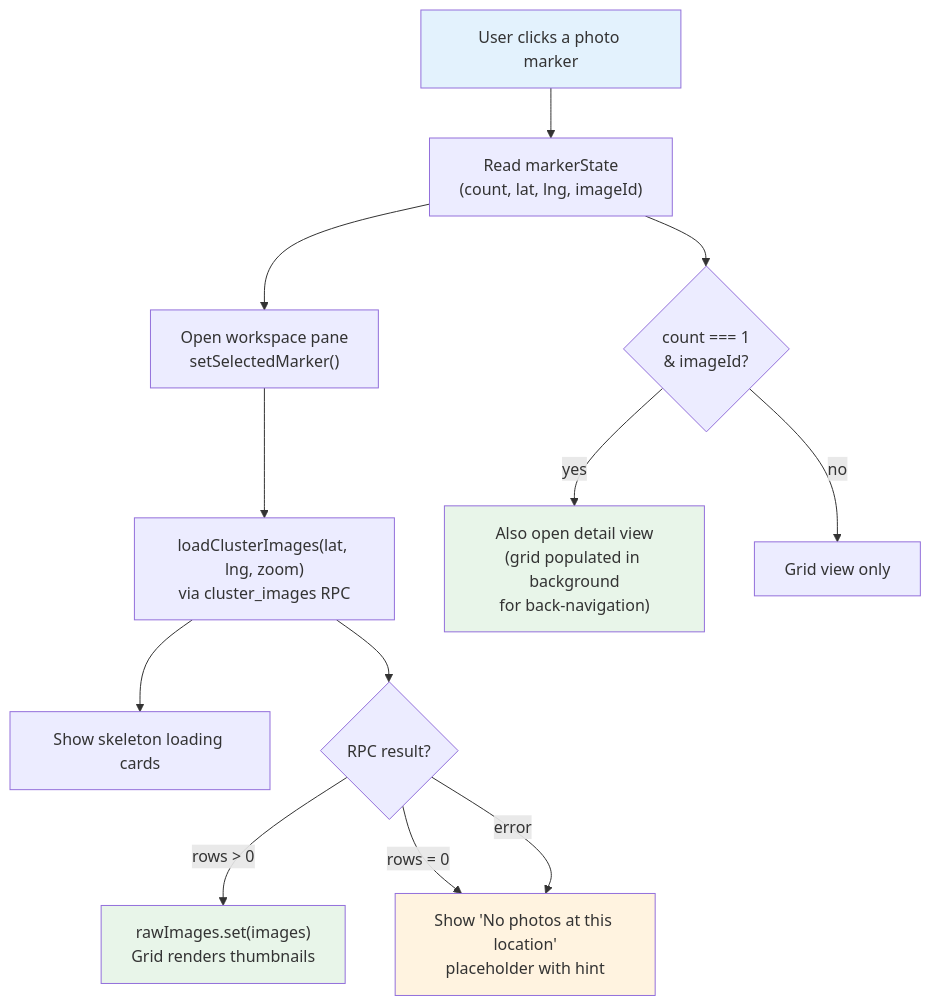
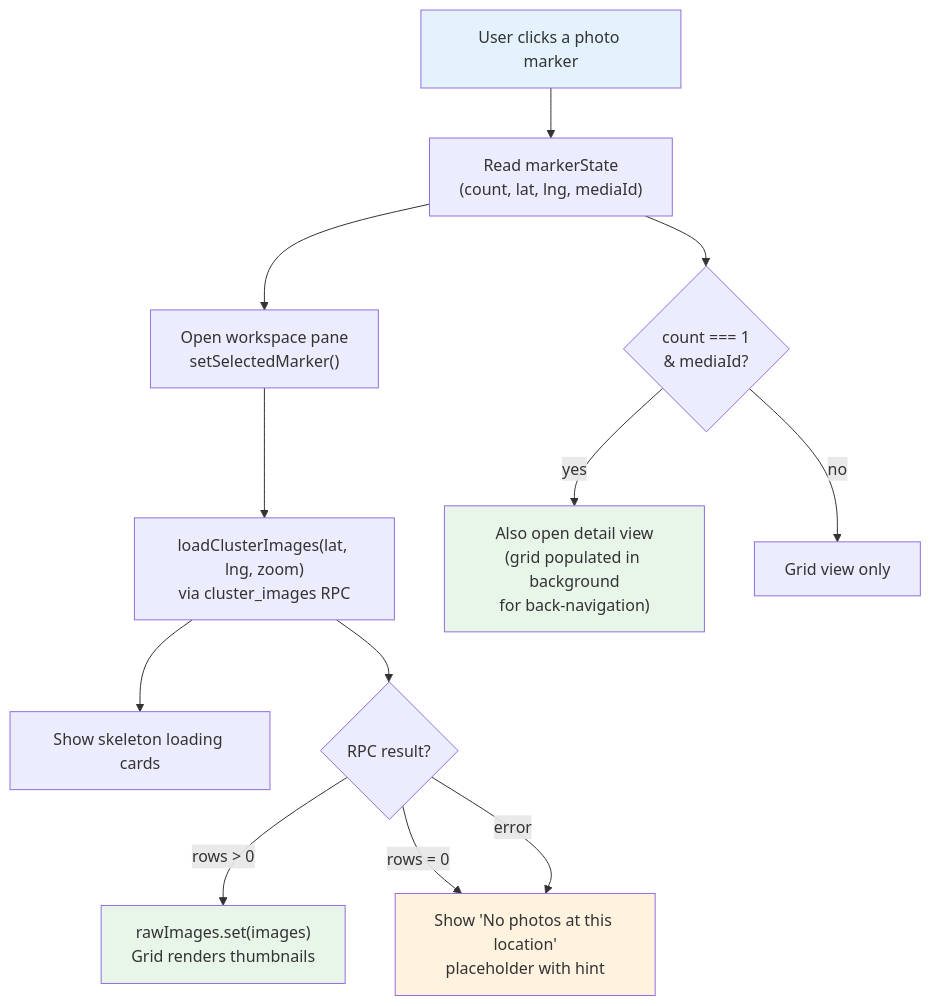
The fifth of 6 diagrams in docs/element-specs/active-selection-view.md (matkleve/feldpost), drawn with Mermaid before and after one commit. The commit also changed other lines of this file and 19 other files, not shown here.

First line of the commit message:
refactor: update references from imageId to mediaId across documentation

````diff
--- a/docs/element-specs/active-selection-view.md
+++ b/docs/element-specs/active-selection-view.md
@@ -293,21 +293,21 @@
 ```mermaid
 flowchart TD
-    Click["User clicks a photo marker"] --> GetState["Read markerState\n(count, lat, lng, imageId)"]
+    Click["User clicks a photo marker"] --> GetState["Read markerState\n(count, lat, lng, mediaId)"]
     GetState --> OpenPane["Open workspace pane\nsetSelectedMarker()"]
     OpenPane --> LoadRPC["loadClusterImages(lat, lng, zoom)\nvia cluster_images RPC"]
     LoadRPC --> Skeleton["Show skeleton loading cards"]
 
     LoadRPC --> RPCResult{RPC result?}
     RPCResult -->|"rows > 0"| SetImages["rawImages.set(images)\nGrid renders thumbnails"]
     RPCResult -->|"rows = 0"| NoPhotos["Show 'No photos at this location'\nplaceholder with hint"]
     RPCResult -->|"error"| NoPhotos
 
-    GetState --> IsSingle{count === 1\n& imageId?}
+    GetState --> IsSingle{count === 1\n& mediaId?}
     IsSingle -->|"yes"| DetailView["Also open detail view\n(grid populated in background\nfor back-navigation)"]
     IsSingle -->|"no"| GridOnly["Grid view only"]
 
     style Click fill:#e3f2fd
     style NoPhotos fill:#fff3e0
     style SetImages fill:#e8f5e9
     style DetailView fill:#e8f5e9
 ```
````
